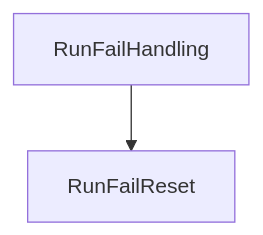
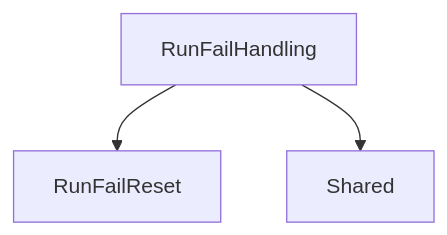
The diagram in Assets/ArchitectureScanResults/Features/RunFailHandling/L2_external.mmd (tja688/ThatGameJam), drawn with Mermaid before and after one commit. The commit also changed 25 other files, not shown here.

```diff
--- a/Assets/ArchitectureScanResults/Features/RunFailHandling/L2_external.mmd
+++ b/Assets/ArchitectureScanResults/Features/RunFailHandling/L2_external.mmd
@@ -1,5 +1,7 @@
 %% L2 RunFailHandling External Calls
 graph TD
     Feature::RunFailHandling["RunFailHandling"]
     Feature::RunFailReset["RunFailReset"]
     Feature::RunFailHandling --> Feature::RunFailReset
+    Feature::Shared["Shared"]
+    Feature::RunFailHandling --> Feature::Shared
```
